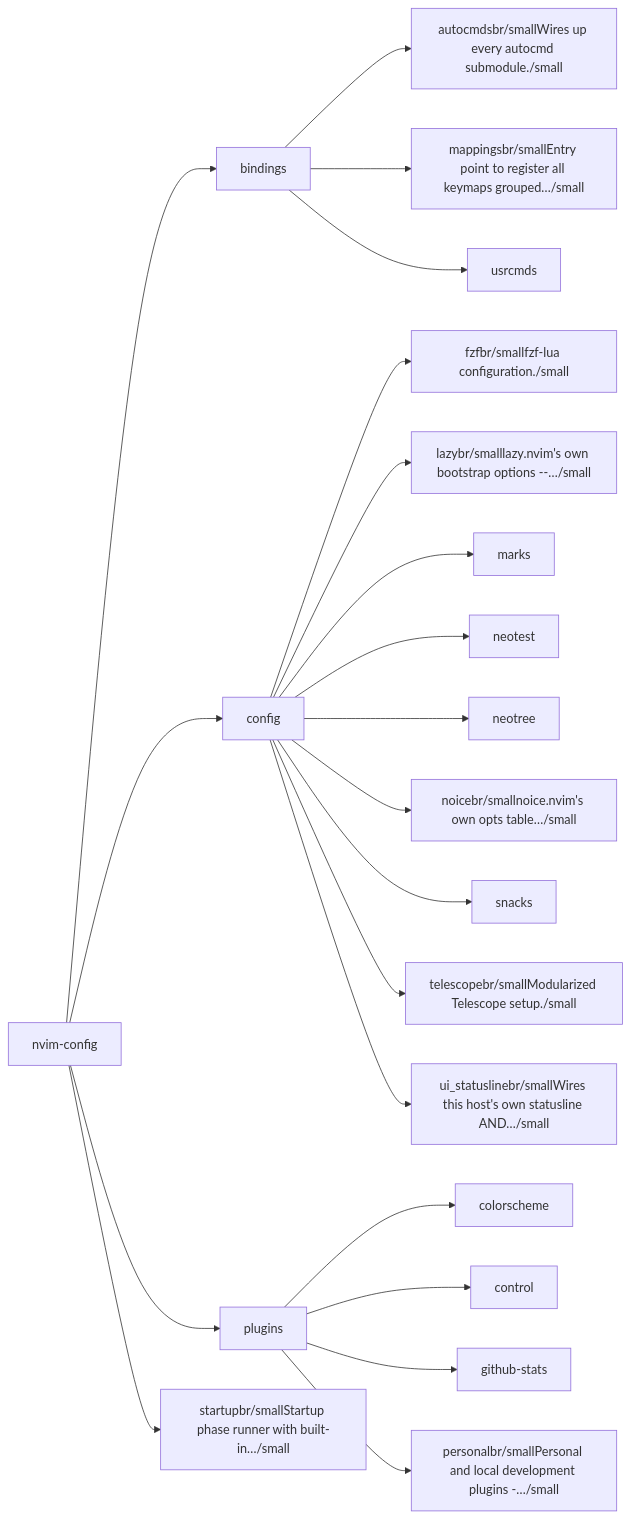
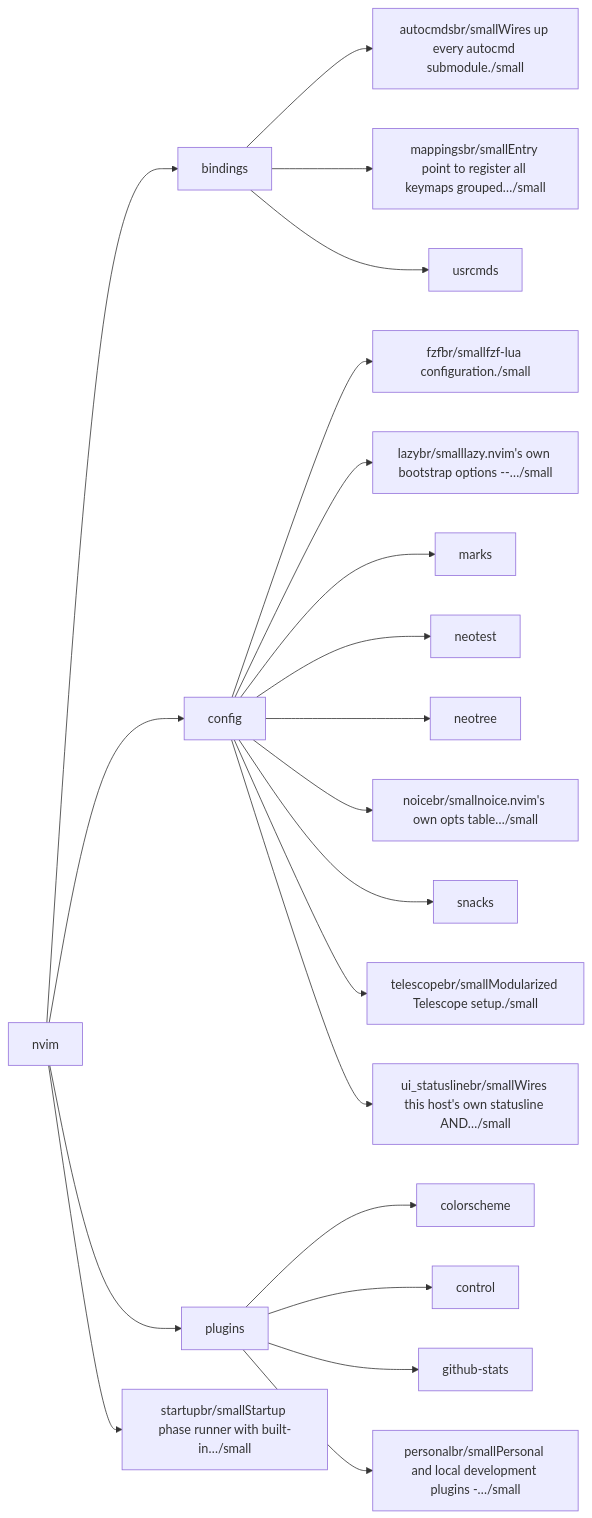
One commit to WKDSteve/nvim changed the first of 2 diagrams in docs/map/overview.md. Above: the diagram before and after it, drawn with Mermaid. The commit also changed other lines of this file and 2 other files, not shown here.

````diff
--- a/docs/map/overview.md
+++ b/docs/map/overview.md
@@ -14,44 +14,44 @@
 ```mermaid
 flowchart LR
-  nlua["nvim-config"]
+  nlua["nvim"]
   nlua_bindings["bindings"]
   nlua_bindings_autocmds["autocmdsbr/smallWires up every autocmd submodule./small"]
   nlua_bindings_mappings["mappingsbr/smallEntry point to register all keymaps grouped…/small"]
   nlua_bindings_usrcmds["usrcmds"]
   nlua_config["config"]
   nlua_config_fzf["fzfbr/smallfzf-lua configuration./small"]
   nlua_config_lazy["lazybr/smalllazy.nvim's own bootstrap options --…/small"]
   nlua_config_marks["marks"]
   nlua_config_neotest["neotest"]
   nlua_config_neotree["neotree"]
   nlua_config_noice["noicebr/smallnoice.nvim's own opts table…/small"]
   nlua_config_snacks["snacks"]
   nlua_config_telescope["telescopebr/smallModularized Telescope setup./small"]
   nlua_config_ui_statusline["ui_statuslinebr/smallWires this host's own statusline AND…/small"]
   nlua_plugins["plugins"]
   nlua_plugins_colorscheme["colorscheme"]
   nlua_plugins_control["control"]
   nlua_plugins_github_stats["github-stats"]
   nlua_plugins_personal["personalbr/smallPersonal and local development plugins -…/small"]
   nlua_startup["startupbr/smallStartup phase runner with built-in…/small"]
   nlua --> nlua_bindings
   nlua_bindings --> nlua_bindings_autocmds
   nlua_bindings --> nlua_bindings_mappings
   nlua_bindings --> nlua_bindings_usrcmds
   nlua --> nlua_config
   nlua_config --> nlua_config_fzf
   nlua_config --> nlua_config_lazy
   nlua_config --> nlua_config_marks
   nlua_config --> nlua_config_neotest
   nlua_config --> nlua_config_neotree
   nlua_config --> nlua_config_noice
   nlua_config --> nlua_config_snacks
   nlua_config --> nlua_config_telescope
   nlua_config --> nlua_config_ui_statusline
   nlua --> nlua_plugins
   nlua_plugins --> nlua_plugins_colorscheme
   nlua_plugins --> nlua_plugins_control
   nlua_plugins --> nlua_plugins_github_stats
   nlua_plugins --> nlua_plugins_personal
   nlua --> nlua_startup
 ```
````
